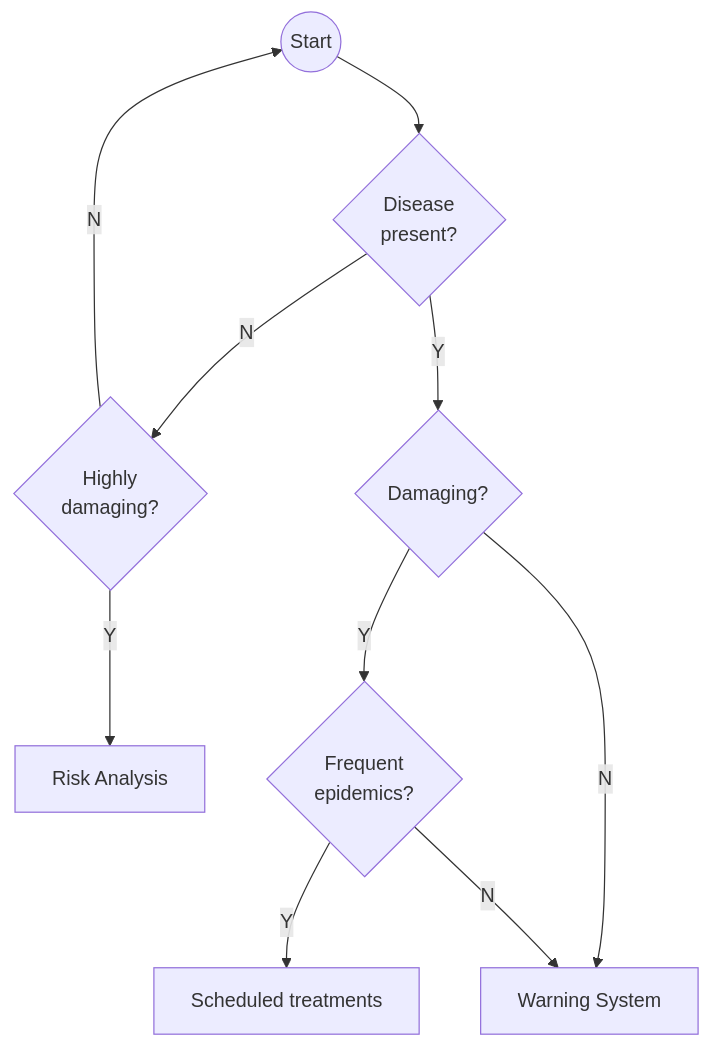
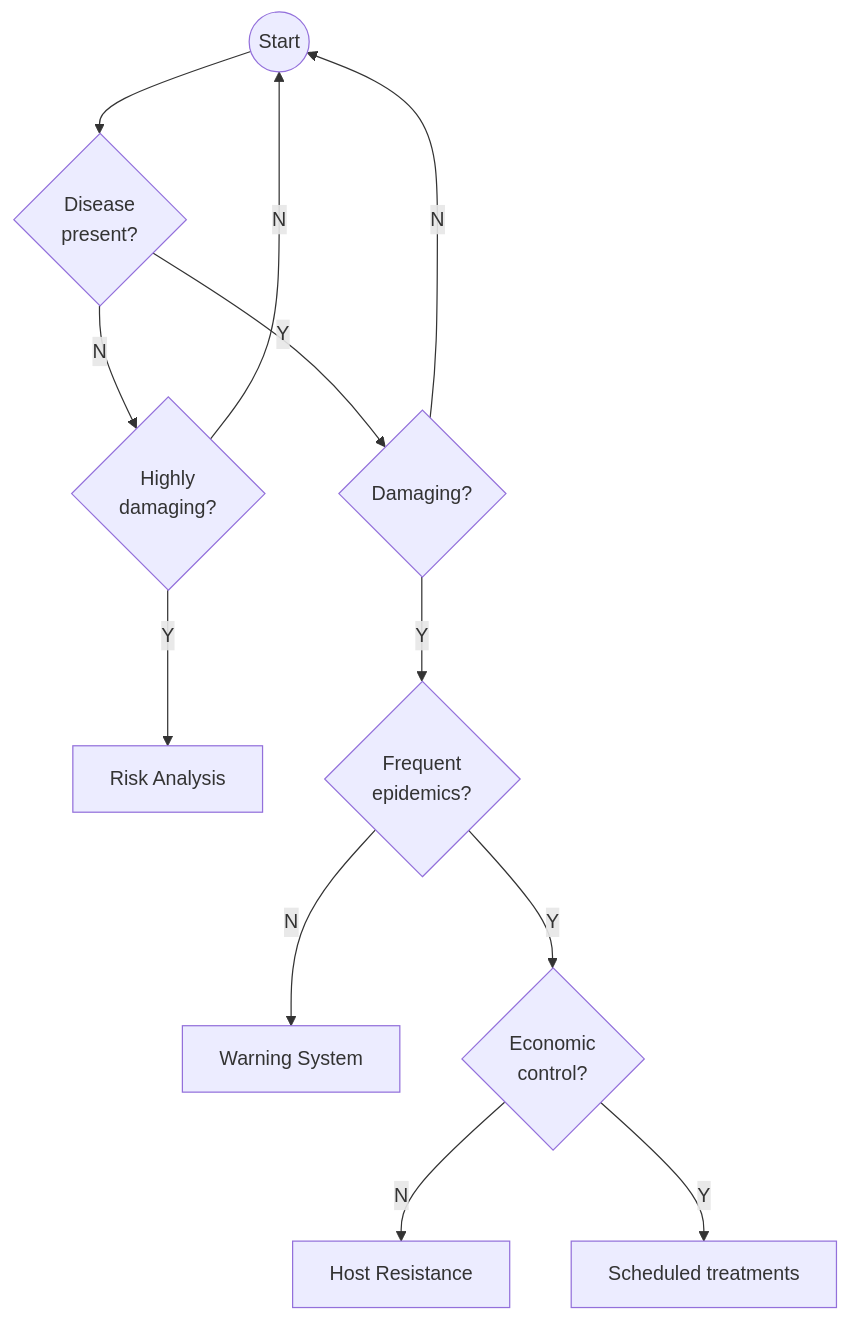
The diagram in warning-systems.qmd (emdelponte/epidemiology-R), drawn with Mermaid before and after one commit. The commit also changed other lines of this file and 25 other files, not shown here.

````diff
--- a/warning-systems.qmd
+++ b/warning-systems.qmd
@@ -20,25 +38,30 @@
 ```{mermaid}
 %%| label: fig-diagram2
-%%| fig-cap: "Decision chart for the need of risk analysis or warning systems in disease management"
-
+%%| fig-cap: "Decision chart for the need of risk analysis, warning systems, schedule treatment or host resistance in disease management"
+%%| fig-width: 5
 flowchart
     Start((Start))
     A{Disease<BR>present?}
     B{Highly<BR>damaging?}
     C[Risk Analysis]
     D{Damaging?}
     E{Frequent<BR>epidemics?}
     F[Scheduled treatments]
     G[Warning System]
+    H{Economic<BR>control?}
+    I[Host Resistance]
 
     Start --> A
     A -->|N| B
     B -->|N| Start
-    D -->|N| G
+    D -->|N| Start
     A -->|Y| D
     D -->|Y| E
-    E -->|Y| F
+    E -->|Y| H
     B -->|Y| C
     E -->|N| G
+    H -->|N| I
+    H -->|Y| F
+    
 
 ```
````
